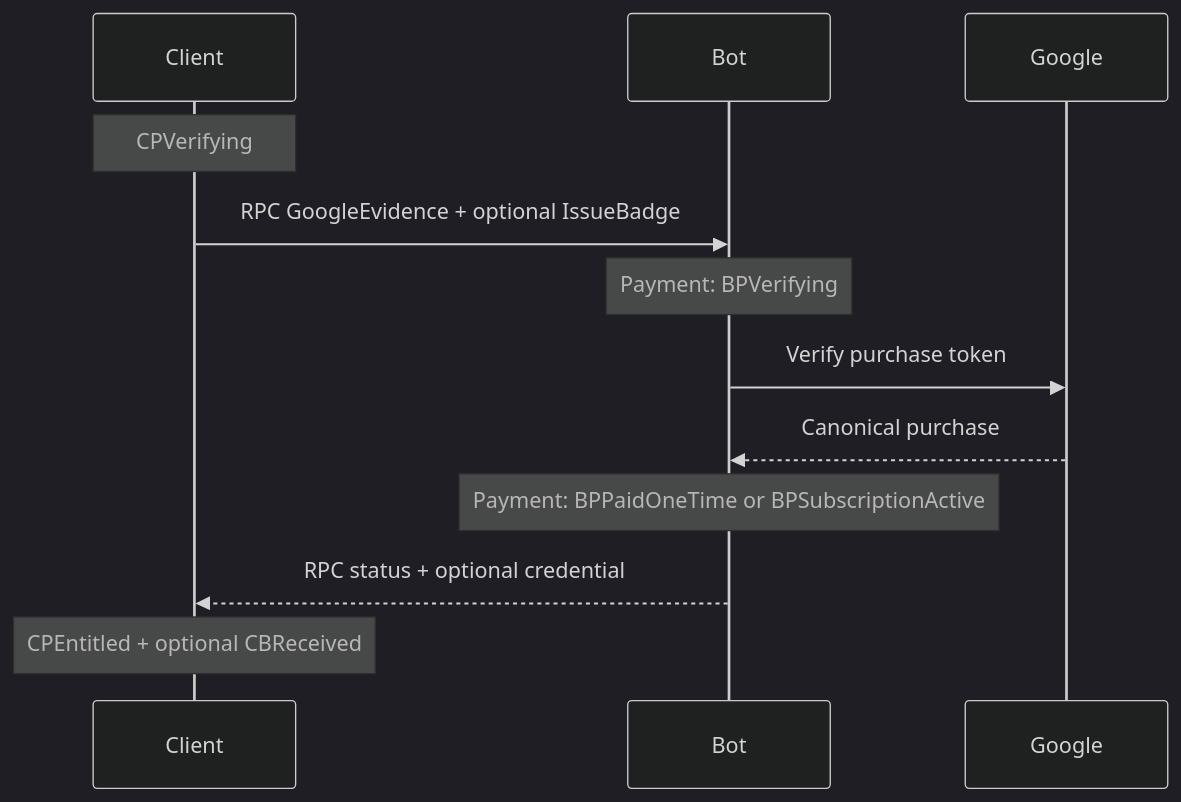
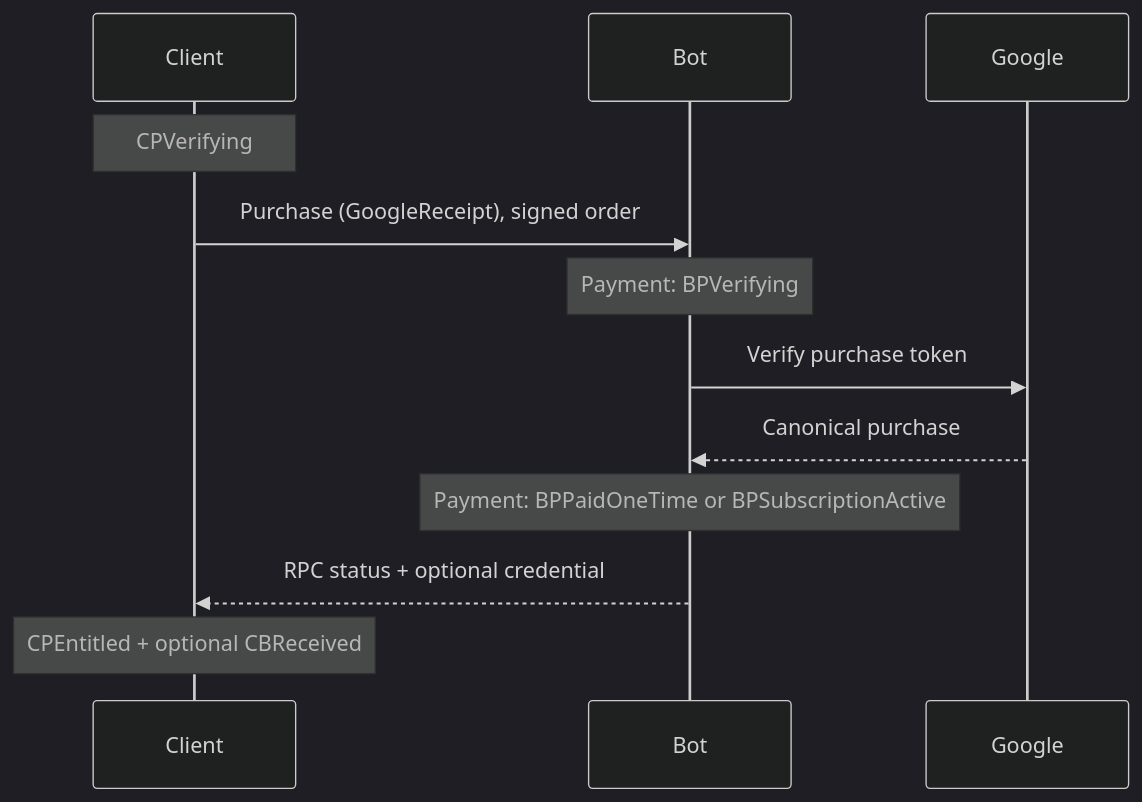
The eighth of 11 diagrams in plans/2026-07-20-supporter-badges-v2-implementation.md (simplex-chat/simplex-chat), drawn with Mermaid (dark theme) before and after one commit. The commit also changed other lines of this file and 3 other files, not shown here.

Commit message:
docs: rework badge plans to order-centric protocol

````diff
--- a/plans/2026-07-20-supporter-badges-v2-implementation.md
+++ b/plans/2026-07-20-supporter-badges-v2-implementation.md
@@ -538,14 +574,14 @@
 ```mermaid
 sequenceDiagram
   participant C as Client
   participant B as Bot
   participant G as Google
   Note over C: CPVerifying
-  C->>B: RPC GoogleEvidence + optional IssueBadge
+  C->>B: Purchase (GoogleReceipt), signed order
   Note over B: Payment: BPVerifying
   B->>G: Verify purchase token
   G-->>B: Canonical purchase
   Note over B: Payment: BPPaidOneTime or BPSubscriptionActive
   B-->>C: RPC status + optional credential
   Note over C: CPEntitled + optional CBReceived
 ```
````
